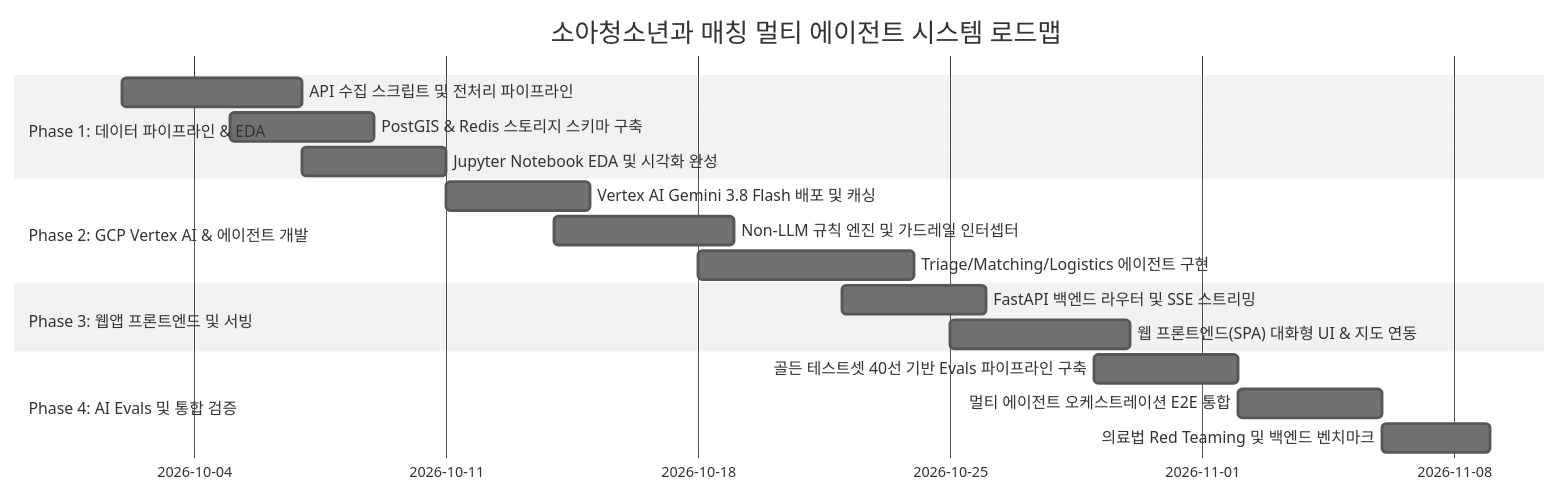
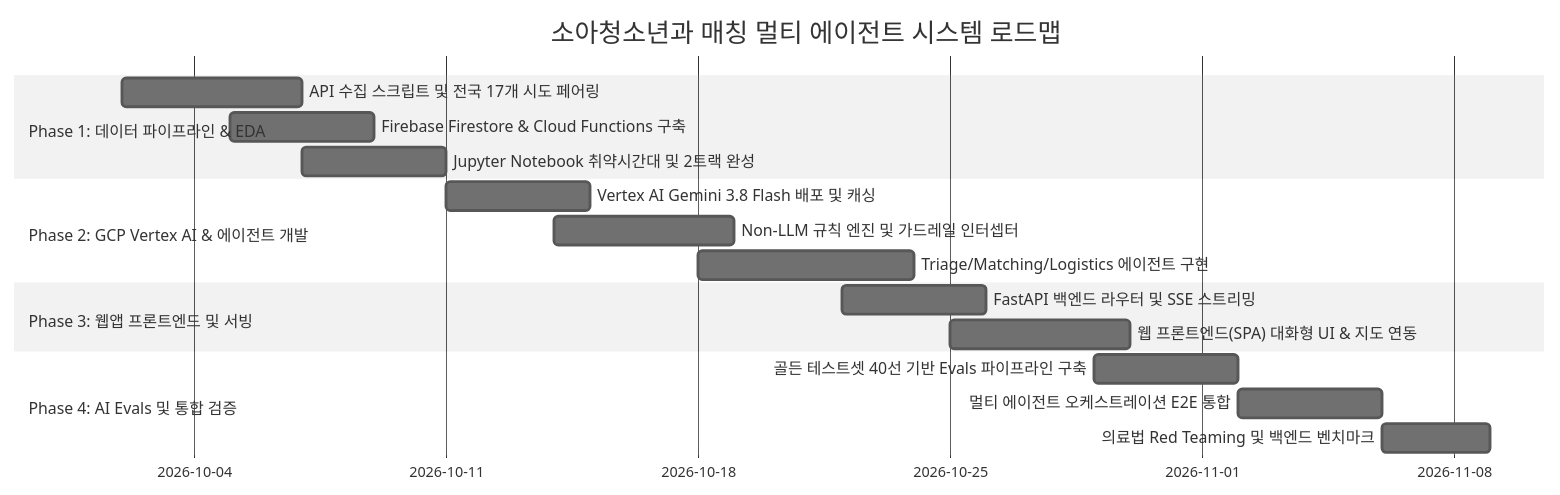
Before and after one commit to yeongsik0914/isoom: diagram 14 of 14 in docs/PROJECT_PLAN.md, drawn with Mermaid (neutral theme). The commit also changed other lines of this file and 81 other files, not shown here.

Commit message:
feat: initialize core backend architecture, agents, API routes, and KTAS triage pipelines

````diff
--- a/docs/PROJECT_PLAN.md
+++ b/docs/PROJECT_PLAN.md
@@ -1475,23 +1616,23 @@
 ```mermaid
 gantt
     title 소아청소년과 매칭 멀티 에이전트 시스템 로드맵
     dateFormat  YYYY-MM-DD
     section Phase 1: 데이터 파이프라인 & EDA
-    API 수집 스크립트 및 전처리 파이프라인    :2026-10-02, 5d
-    PostGIS & Redis 스토리지 스키마 구축     :2026-10-05, 4d
-    Jupyter Notebook EDA 및 시각화 완성       :2026-10-07, 4d
+    API 수집 스크립트 및 전국 17개 시도 페어링 :2026-10-02, 5d
+    Firebase Firestore & Cloud Functions 구축 :2026-10-05, 4d
+    Jupyter Notebook 취약시간대 및 2트랙 완성 :2026-10-07, 4d
     
     section Phase 2: GCP Vertex AI & 에이전트 개발
     Vertex AI Gemini 3.8 Flash 배포 및 캐싱   :2026-10-11, 4d
     Non-LLM 규칙 엔진 및 가드레일 인터셉터   :2026-10-14, 5d
     Triage/Matching/Logistics 에이전트 구현   :2026-10-18, 6d
     
     section Phase 3: 웹앱 프론트엔드 및 서빙
     FastAPI 백엔드 라우터 및 SSE 스트리밍    :2026-10-22, 4d
     웹 프론트엔드(SPA) 대화형 UI & 지도 연동  :2026-10-25, 5d
     
     section Phase 4: AI Evals 및 통합 검증
     골든 테스트셋 40선 기반 Evals 파이프라인 구축 :2026-10-29, 4d
     멀티 에이전트 오케스트레이션 E2E 통합     :2026-11-02, 4d
     의료법 Red Teaming 및 백엔드 벤치마크     :2026-11-06, 3d
 ```
````
